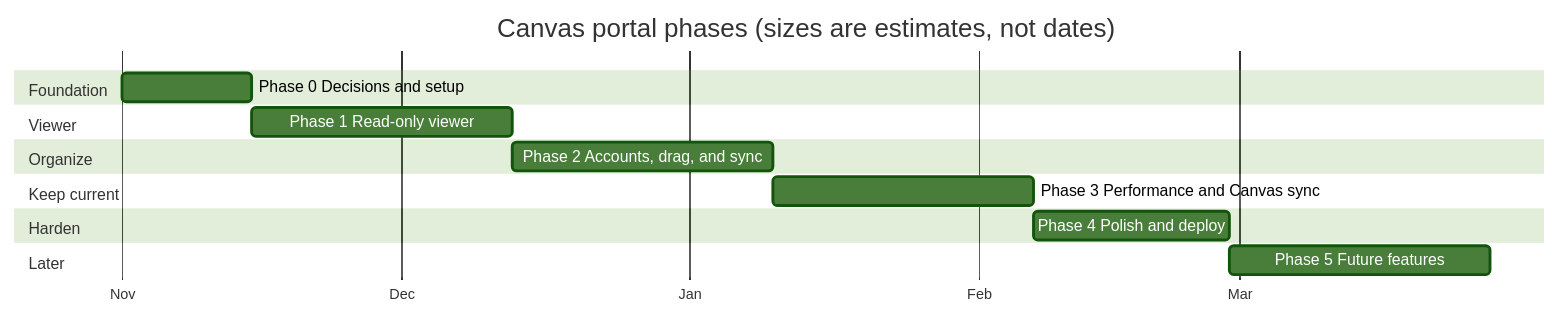
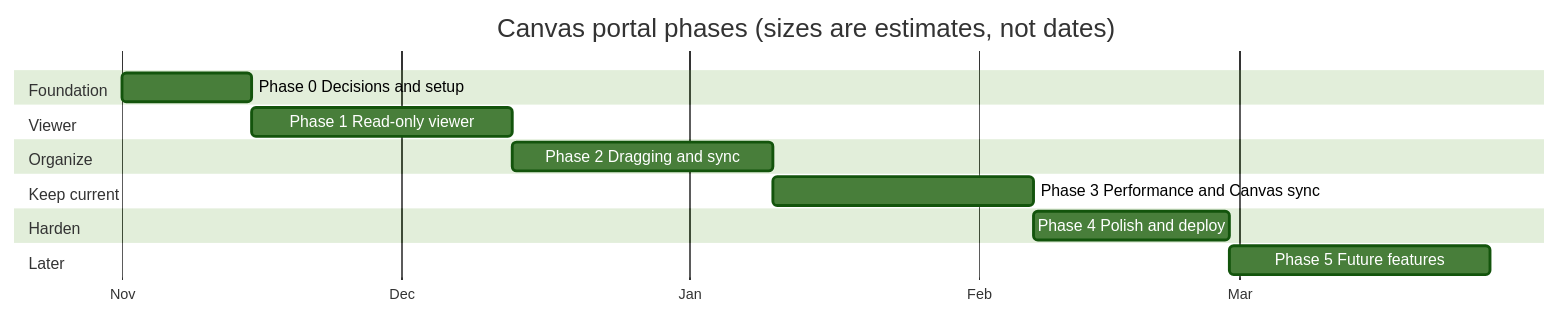
Before and after one commit to bbranton/TestProj: the diagram in docs/canvas-portal/01-roadmap.md, drawn with Mermaid (forest theme). The commit also changed other lines of this file and 2 other files, not shown here.

First line of the commit message:
Move Google sign-in and the saved Canvas connection to Phase 1

````diff
--- a/docs/canvas-portal/01-roadmap.md
+++ b/docs/canvas-portal/01-roadmap.md
@@ -21,18 +21,18 @@
 ```mermaid
 gantt
     title Canvas portal phases (sizes are estimates, not dates)
     dateFormat  YYYY-MM-DD
     axisFormat  %b
     section Foundation
     Phase 0 Decisions and setup      :p0, 2026-11-01, 14d
     section Viewer
     Phase 1 Read-only viewer         :p1, after p0, 28d
     section Organize
-    Phase 2 Accounts, drag, and sync :p2, after p1, 28d
+    Phase 2 Dragging and sync        :p2, after p1, 28d
     section Keep current
     Phase 3 Performance and Canvas sync :p3, after p2, 28d
     section Harden
     Phase 4 Polish and deploy        :p4, after p3, 21d
     section Later
     Phase 5 Future features          :p5, after p4, 28d
 ```
````
